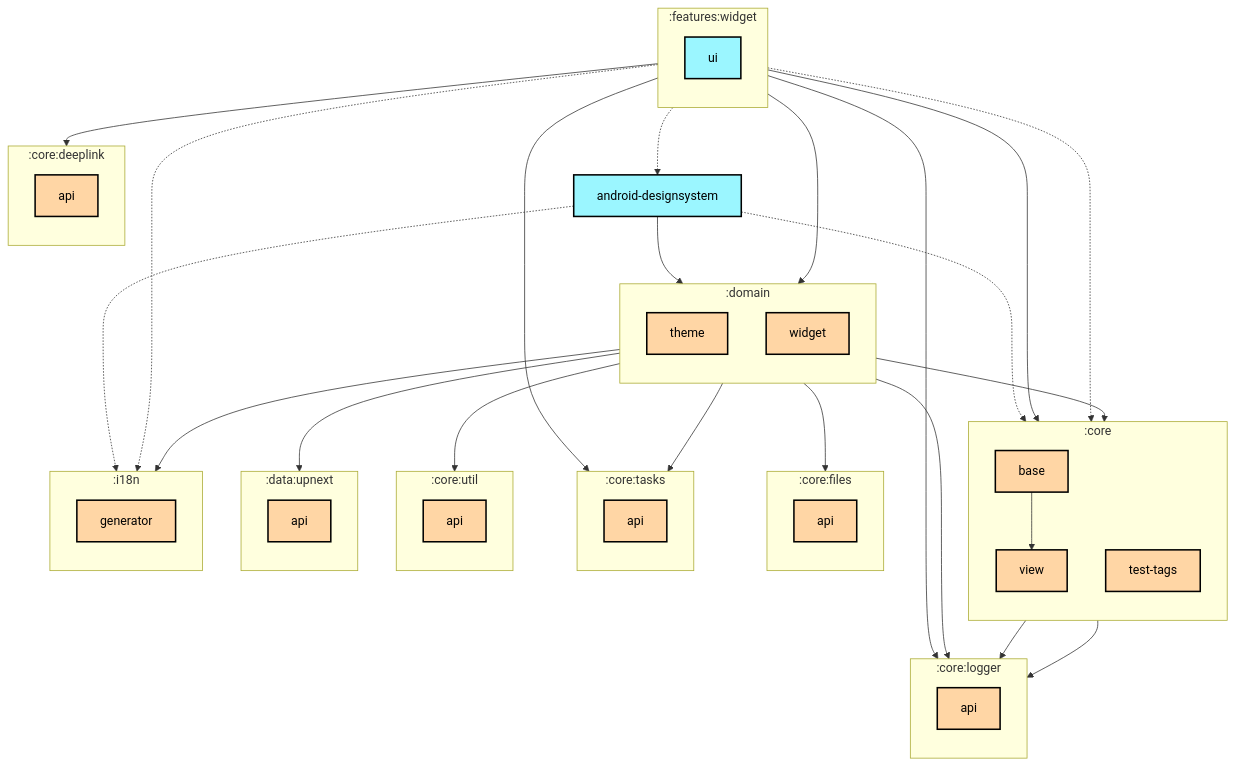
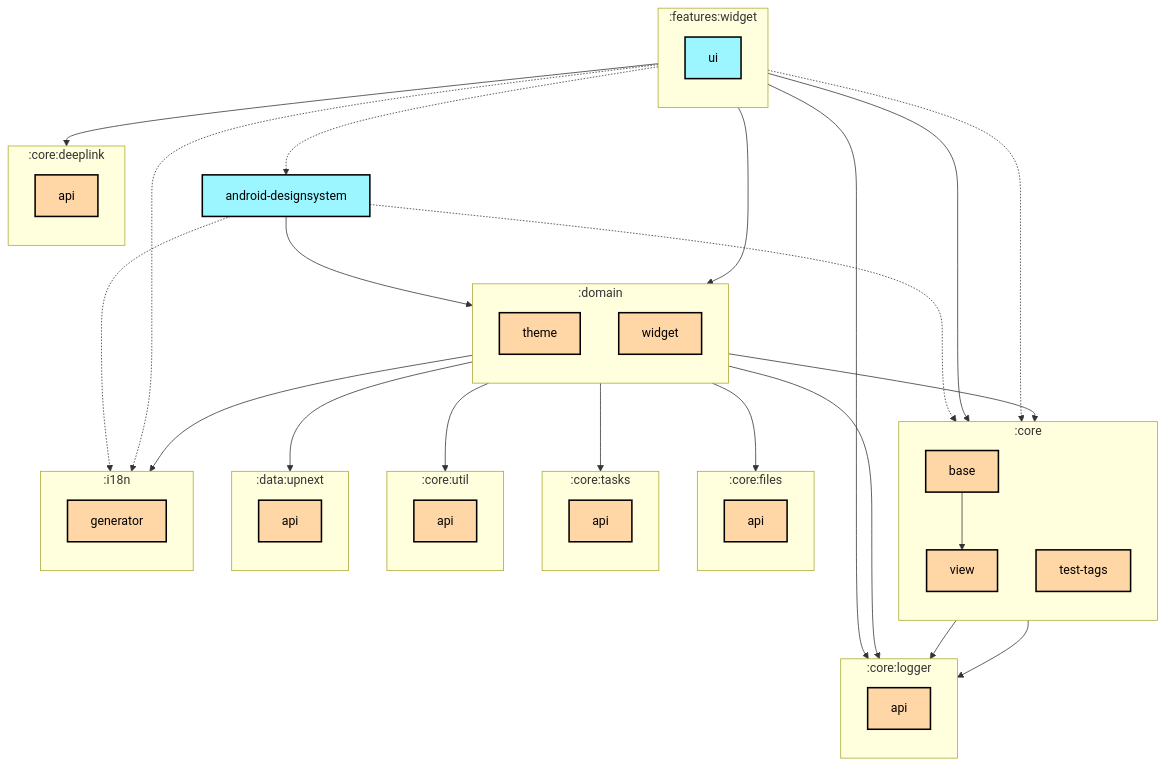
The first of 2 diagrams in features/widget/ui/README.md (thomaskioko/tv-maniac), drawn with Mermaid before and after one commit. The commit also changed 2 other files, not shown here.

Commit message:
Remove the unused tasks dependency from the widget module

````diff
--- a/features/widget/ui/README.md
+++ b/features/widget/ui/README.md
@@ -6,75 +6,74 @@
 ```mermaid
 graph TB
   :android-designsystem[android-designsystem]:::android-library
   subgraph :core
     direction TB
     :core:base[base]:::multiplatform
     :core:test-tags[test-tags]:::multiplatform
     :core:view[view]:::multiplatform
   end
   subgraph :core:deeplink
     direction TB
     :core:deeplink:api[api]:::multiplatform
   end
   subgraph :core:files
     direction TB
     :core:files:api[api]:::multiplatform
   end
   subgraph :core:logger
     direction TB
     :core:logger:api[api]:::multiplatform
   end
   subgraph :core:tasks
     direction TB
     :core:tasks:api[api]:::multiplatform
   end
   subgraph :core:util
     direction TB
     :core:util:api[api]:::multiplatform
   end
   subgraph :data:upnext
     direction TB
     :data:upnext:api[api]:::multiplatform
   end
   subgraph :domain
     direction TB
     :domain:theme[theme]:::multiplatform
     :domain:widget[widget]:::multiplatform
   end
   subgraph :features:widget
     direction TB
     :features:widget:ui[ui]:::android-library
   end
   subgraph :i18n
     direction TB
     :i18n:generator[generator]:::multiplatform
   end
 
   :android-designsystem -.-> :core:test-tags
   :android-designsystem --> :domain:theme
   :android-designsystem -.-> :i18n:generator
   :core:base --> :core:logger:api
   :core:base --> :core:view
   :core:view --> :core:logger:api
   :domain:theme --> :i18n:generator
   :domain:widget --> :core:base
   :domain:widget --> :core:files:api
   :domain:widget --> :core:logger:api
   :domain:widget --> :core:tasks:api
   :domain:widget --> :core:util:api
   :domain:widget --> :data:upnext:api
   :features:widget:ui -.-> :android-designsystem
   :features:widget:ui --> :core:base
   :features:widget:ui --> :core:deeplink:api
   :features:widget:ui --> :core:logger:api
-  :features:widget:ui --> :core:tasks:api
   :features:widget:ui -.-> :core:test-tags
   :features:widget:ui --> :domain:widget
   :features:widget:ui -.-> :i18n:generator
 
 classDef application fill:#CAFFBF,stroke:#000,stroke-width:2px,color:#000;
 classDef multiplatform fill:#FFD6A5,stroke:#000,stroke-width:2px,color:#000;
 classDef android-library fill:#9BF6FF,stroke:#000,stroke-width:2px,color:#000;
 classDef jvm-library fill:#BDB2FF,stroke:#000,stroke-width:2px,color:#000;
 classDef unknown fill:#FFADAD,stroke:#000,stroke-width:2px,color:#000;
 ```
````
